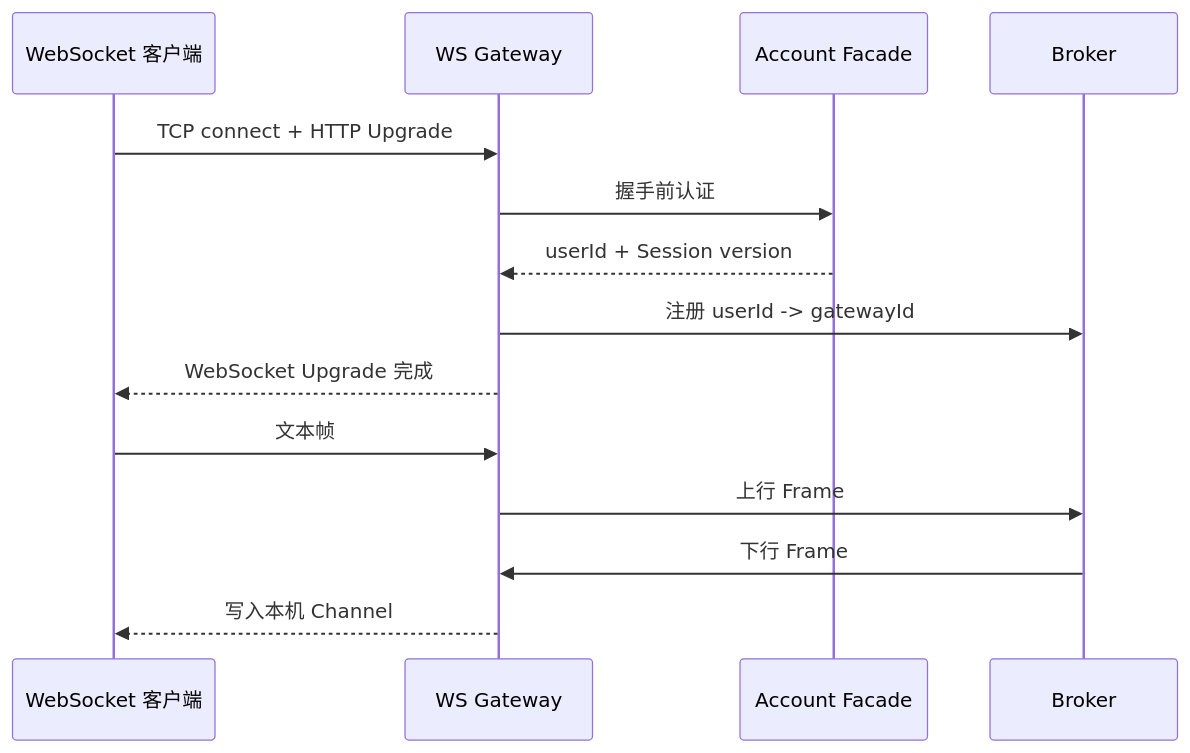
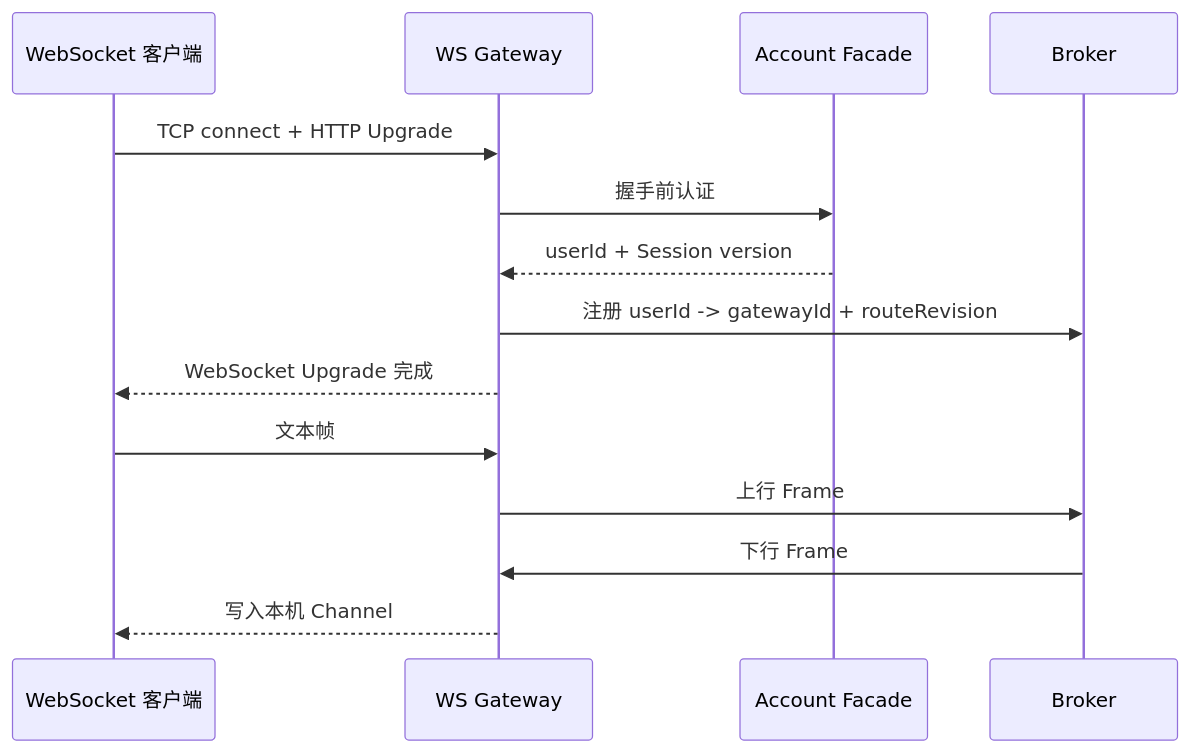
Before and after one commit to kc-co9/im-chat: the third of 3 diagrams in im-gateway/ARCHITECTURE.md, drawn with Mermaid. The commit also changed other lines of this file and 919 other files, not shown here.

````diff
--- a/im-gateway/ARCHITECTURE.md
+++ b/im-gateway/ARCHITECTURE.md
@@ -41,16 +41,16 @@
 ```mermaid
 sequenceDiagram
     participant Client as WebSocket 客户端
     participant Gateway as WS Gateway
     participant Account as Account Facade
     participant Broker
     Client->>Gateway: TCP connect + HTTP Upgrade
     Gateway->>Account: 握手前认证
     Account-->>Gateway: userId + Session version
-    Gateway->>Broker: 注册 userId -> gatewayId
+    Gateway->>Broker: 注册 userId -> gatewayId + routeRevision
     Gateway-->>Client: WebSocket Upgrade 完成
     Client->>Gateway: 文本帧
     Gateway->>Broker: 上行 Frame
     Broker->>Gateway: 下行 Frame
     Gateway-->>Client: 写入本机 Channel
 ```
````
